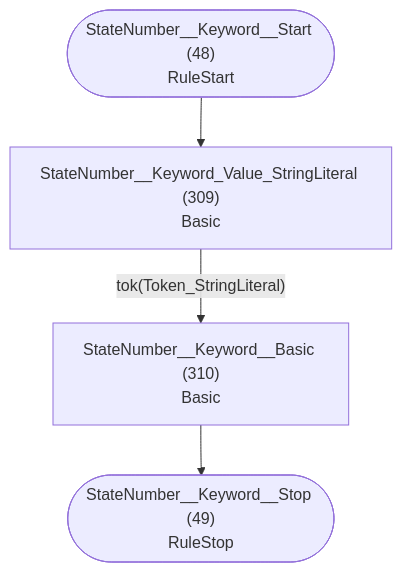
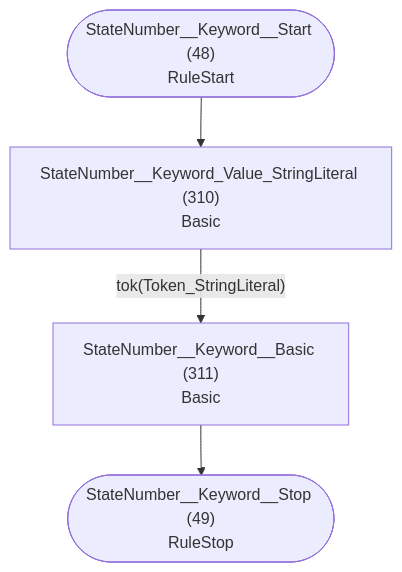
Diagram 25 of 36 in internal/grammar/atn.md (TypeFox/fastbelt), drawn with Mermaid before and after one commit. The commit also changed other lines of this file and 9 other files, not shown here.

Commit message:
Add token mode's keyword usages + Bootstrap

````diff
--- a/internal/grammar/atn.md
+++ b/internal/grammar/atn.md
@@ -772,11 +774,11 @@
 ```mermaid
 flowchart TD
     q48(["StateNumber__Keyword__Start (48)<br/>RuleStart"])
     q49(["StateNumber__Keyword__Stop (49)<br/>RuleStop"])
-    q309["StateNumber__Keyword_Value_StringLiteral (309)<br/>Basic<br/>"]
-    q310["StateNumber__Keyword__Basic (310)<br/>Basic<br/>"]
+    q310["StateNumber__Keyword_Value_StringLiteral (310)<br/>Basic<br/>"]
+    q311["StateNumber__Keyword__Basic (311)<br/>Basic<br/>"]
 
-    q48 --> q309
-    q309 -->|"tok(Token_StringLiteral)"| q310
-    q310 --> q49
+    q48 --> q310
+    q310 -->|"tok(Token_StringLiteral)"| q311
+    q311 --> q49
 ```
````
